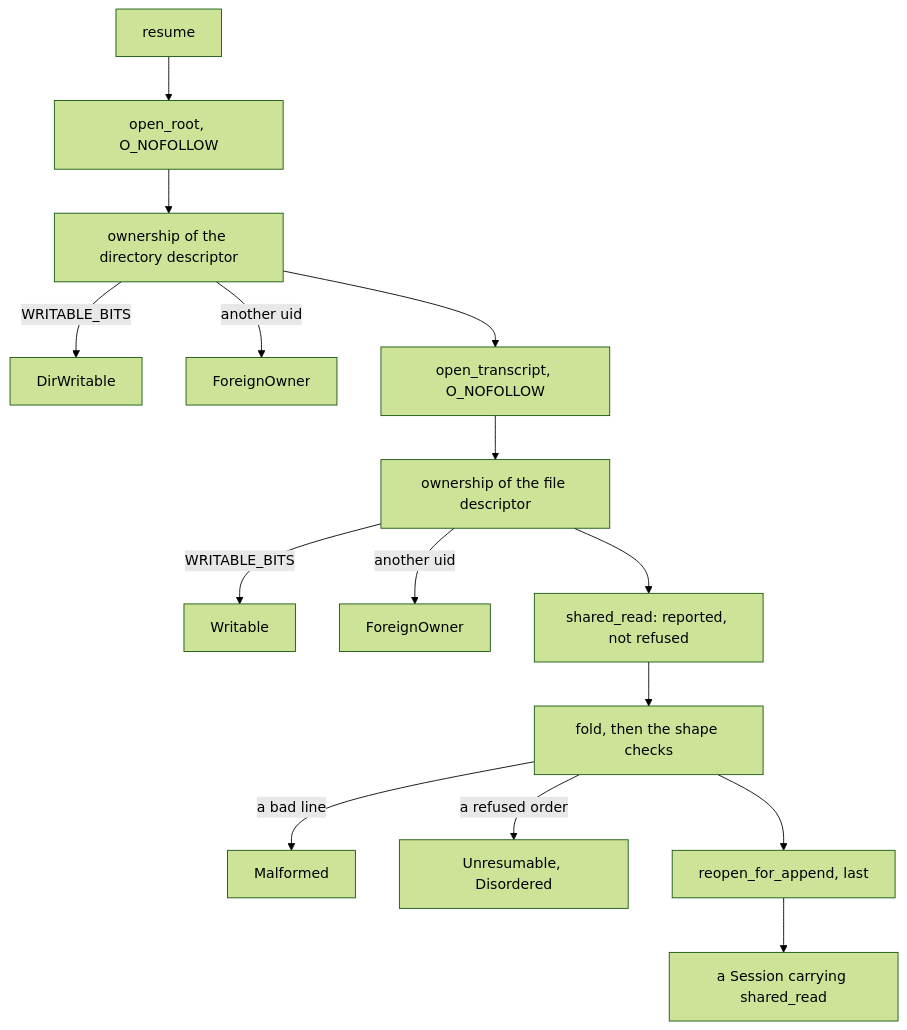
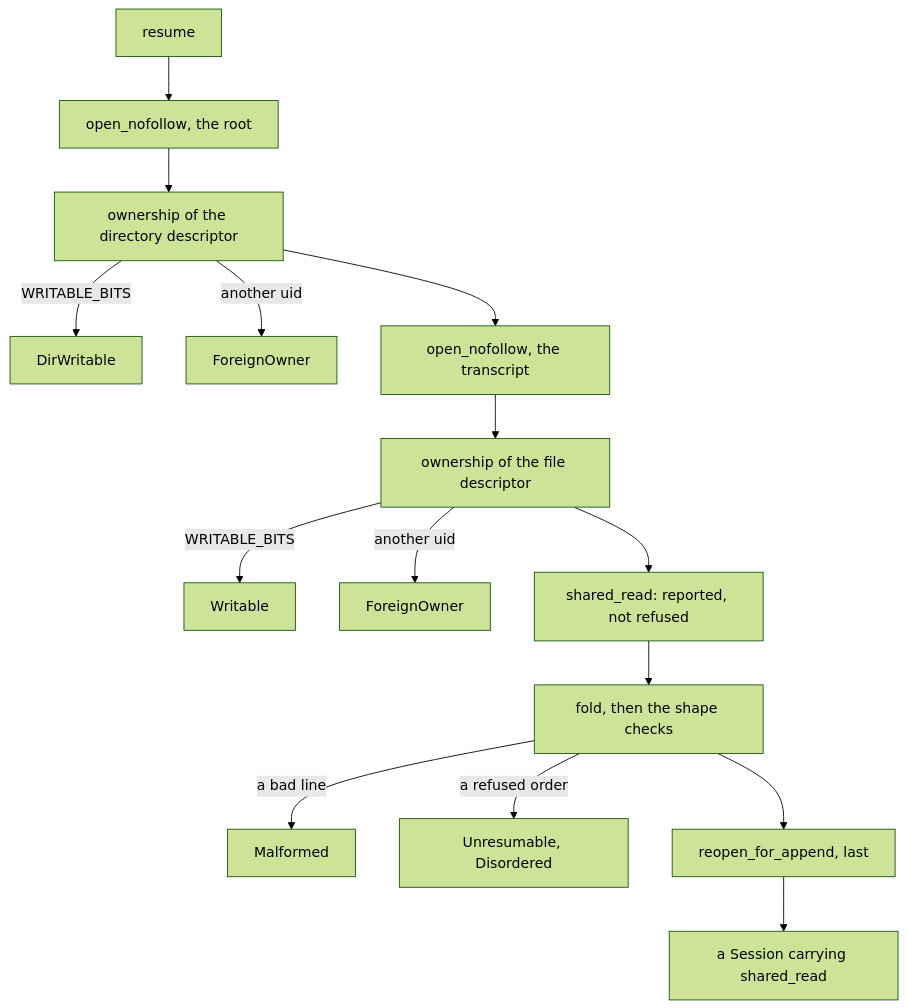
The second of 2 diagrams in context/onboarding/22-crate-session.md (danczw/sandbx), drawn with Mermaid (forest theme) before and after one commit. The commit also changed other lines of this file and 2 other files, not shown here.

Commit message:
refactor(session): one O_NOFOLLOW read-open for the root and transcript
open_root and open_transcript built the same open (read plus
O_NOFOLLOW, no O_DIRECTORY, ELOOP mapped to Symlink) and differed only
in where a missing file became NotFound: inside vet for the transcript,
in a six-line match in resume for the root. Merge them into
open_nofollow and do the NotFound mapping once, in a closure resume
applies to both opens. narrow_root stays unmapped: a missing root right
after DirBuilder is a race and Io is the right report for it.

opening() still sees the error first, so a symlink is never reported as
NotFound. Both doc reasons (narrow_root fchmods the root descriptor; a
linked transcript's mode and owner would come from the target) and the
no-O_DIRECTORY kernel quirk move onto the merged function.

Refs #293.

````diff
--- a/context/onboarding/22-crate-session.md
+++ b/context/onboarding/22-crate-session.md
@@ -215,17 +215,17 @@
 ```mermaid
 flowchart TD
-    A["resume"] --> B["open_root, O_NOFOLLOW"]
+    A["resume"] --> B["open_nofollow, the root"]
     B --> C["ownership of the directory descriptor"]
     C -->|"WRITABLE_BITS"| D["DirWritable"]
     C -->|"another uid"| E["ForeignOwner"]
-    C --> F["open_transcript, O_NOFOLLOW"]
+    C --> F["open_nofollow, the transcript"]
     F --> G["ownership of the file descriptor"]
     G -->|"WRITABLE_BITS"| H["Writable"]
     G -->|"another uid"| I["ForeignOwner"]
     G --> J["shared_read: reported, not refused"]
     J --> K["fold, then the shape checks"]
     K -->|"a bad line"| L["Malformed"]
     K -->|"a refused order"| O["Unresumable, Disordered"]
     K --> M["reopen_for_append, last"]
     M --> N["a Session carrying shared_read"]
 ```
````
